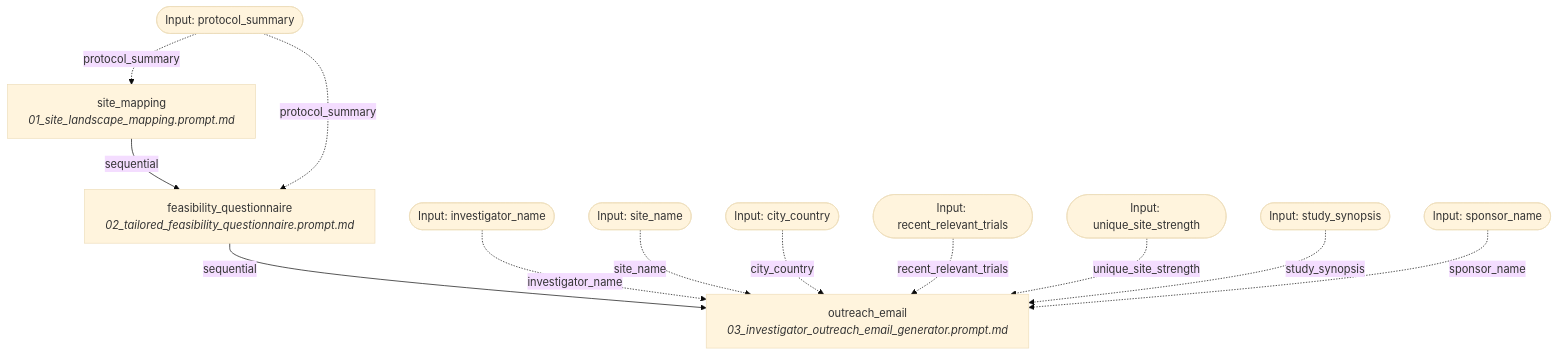
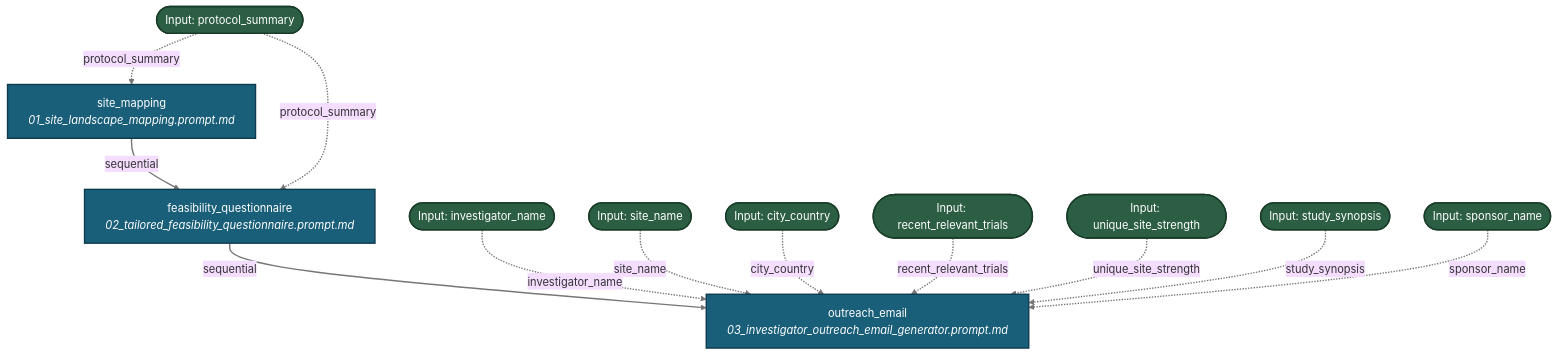
The diagram in docs/workflows/site_acquisition.md (fderuiter/proompts), drawn with Mermaid (base theme) before and after one commit. The commit also changed 267 other files, not shown here.

````diff
--- a/docs/workflows/site_acquisition.md
+++ b/docs/workflows/site_acquisition.md
@@ -11,25 +11,28 @@
 ```mermaid
 graph TD
-    INPUT_protocol_summary([Input: protocol_summary])
-    INPUT_investigator_name([Input: investigator_name])
-    INPUT_site_name([Input: site_name])
-    INPUT_city_country([Input: city_country])
-    INPUT_recent_relevant_trials([Input: recent_relevant_trials])
-    INPUT_unique_site_strength([Input: unique_site_strength])
-    INPUT_study_synopsis([Input: study_synopsis])
-    INPUT_sponsor_name([Input: sponsor_name])
-    site_mapping[site_mapping<br><i>01_site_landscape_mapping.prompt.md</i>]
+    classDef stepNode fill:#1a5f7a,stroke:#0d3a4d,stroke-width:2px,color:#ffffff;
+    classDef inputNode fill:#2c5e43,stroke:#183b27,stroke-width:2px,color:#ffffff;
+    INPUT_protocol_summary([Input: protocol_summary]):::inputNode
+    INPUT_investigator_name([Input: investigator_name]):::inputNode
+    INPUT_site_name([Input: site_name]):::inputNode
+    INPUT_city_country([Input: city_country]):::inputNode
+    INPUT_recent_relevant_trials([Input: recent_relevant_trials]):::inputNode
+    INPUT_unique_site_strength([Input: unique_site_strength]):::inputNode
+    INPUT_study_synopsis([Input: study_synopsis]):::inputNode
+    INPUT_sponsor_name([Input: sponsor_name]):::inputNode
+    site_mapping[site_mapping<br><i>01_site_landscape_mapping.prompt.md</i>]:::stepNode
     INPUT_protocol_summary -. protocol_summary .-> site_mapping
     site_mapping -->|sequential| feasibility_questionnaire
-    feasibility_questionnaire[feasibility_questionnaire<br><i>02_tailored_feasibility_questionnaire.prompt.md</i>]
+    feasibility_questionnaire[feasibility_questionnaire<br><i>02_tailored_feasibility_questionnaire.prompt.md</i>]:::stepNode
     INPUT_protocol_summary -. protocol_summary .-> feasibility_questionnaire
     feasibility_questionnaire -->|sequential| outreach_email
-    outreach_email[outreach_email<br><i>03_investigator_outreach_email_generator.prompt.md</i>]
+    outreach_email[outreach_email<br><i>03_investigator_outreach_email_generator.prompt.md</i>]:::stepNode
     INPUT_investigator_name -. investigator_name .-> outreach_email
     INPUT_site_name -. site_name .-> outreach_email
     INPUT_city_country -. city_country .-> outreach_email
     INPUT_recent_relevant_trials -. recent_relevant_trials .-> outreach_email
     INPUT_unique_site_strength -. unique_site_strength .-> outreach_email
     INPUT_study_synopsis -. study_synopsis .-> outreach_email
     INPUT_sponsor_name -. sponsor_name .-> outreach_email
+    linkStyle default stroke:#767676,stroke-width:2px;
 ```
````
